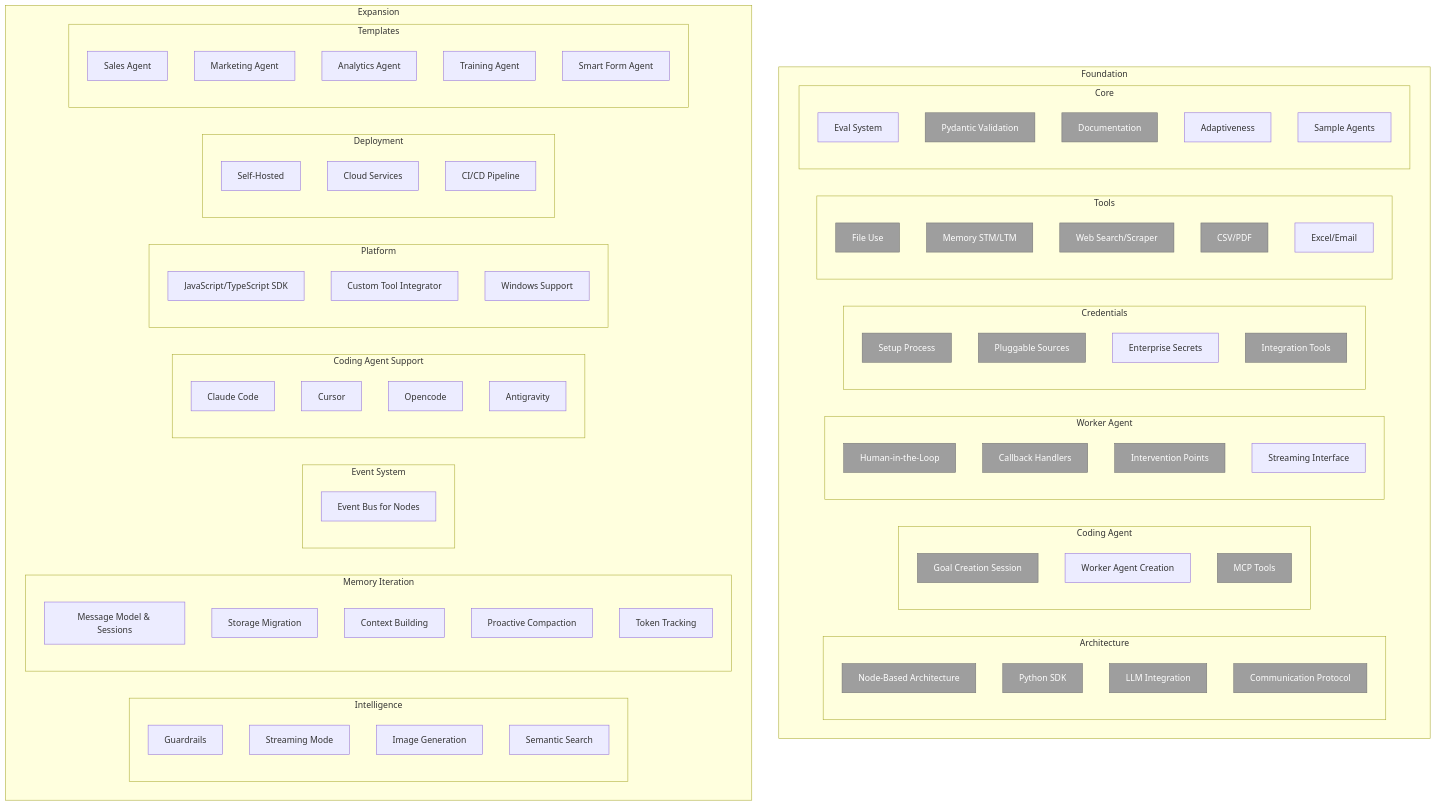
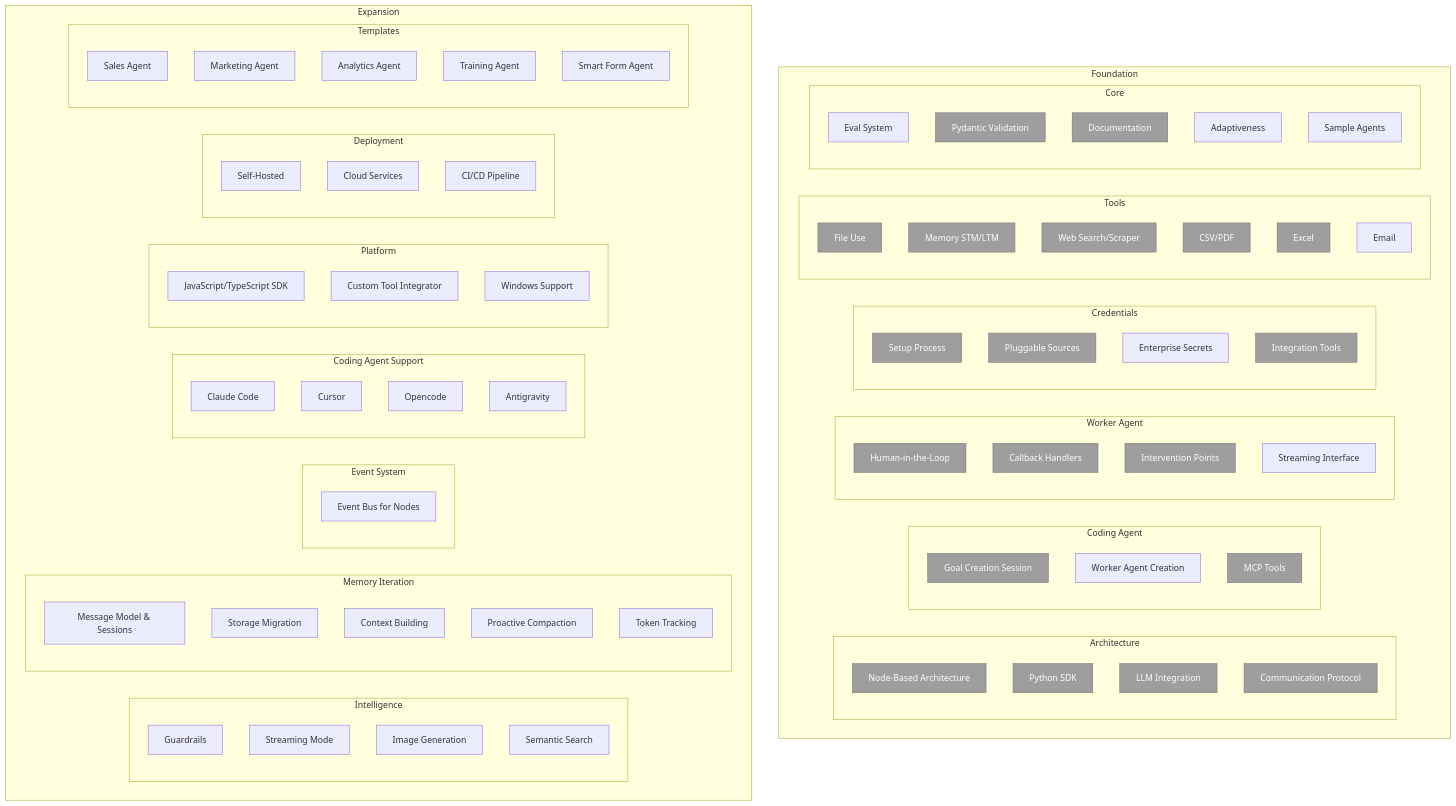
One commit to adenhq/hive changed the diagram in ROADMAP.md. Above: the diagram before and after it, drawn with Mermaid. The commit also changed other lines of this file and 11 other files, not shown here.

```diff
--- a/ROADMAP.md
+++ b/ROADMAP.md
@@ -34,7 +34,8 @@
         e2["Memory STM/LTM"]:::done
         e3["Web Search/Scraper"]:::done
         e4["CSV/PDF"]:::done
-        e5["Excel/Email"]
+        e5["Excel"]:::done
+        e6["Email"]
     end
     subgraph core["Core"]
         f1["Eval System"]
```
